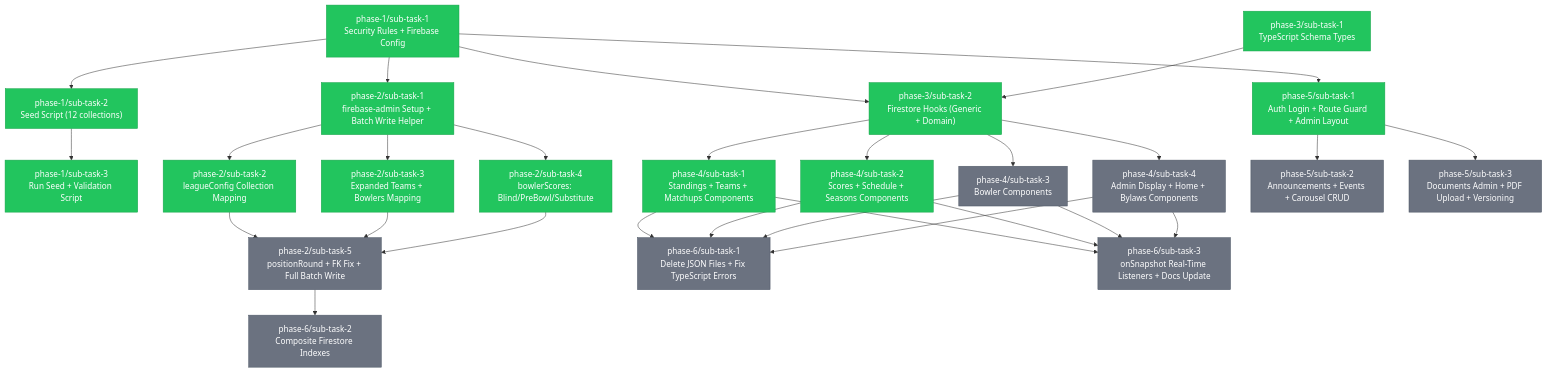
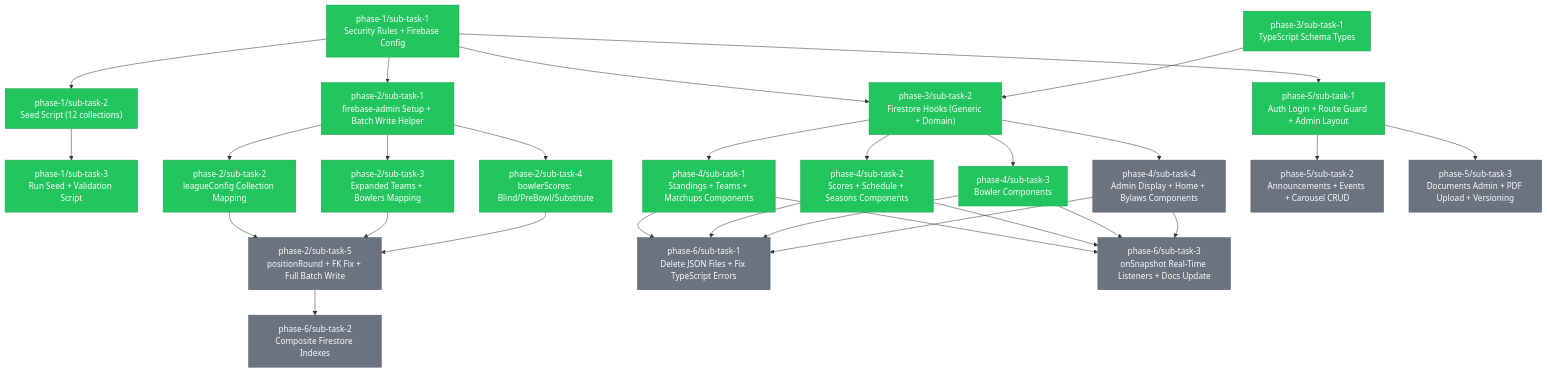
The diagram in .claude/tasks/TASKS.md (Bagwell-Oil-Imaging/late-night-happy-hour-league-site), drawn with Mermaid before and after one commit. The commit also changed other lines of this file, not shown here.

Commit message:
docs(phase-4/task-3): update TASKS.md — mark sub-task-3 complete

```diff
--- a/.claude/tasks/TASKS.md
+++ b/.claude/tasks/TASKS.md
@@ -96,7 +96,7 @@
     class P3S2 completed
     class P4S1 completed
     class P4S2 completed
-    class P4S3 pending
+    class P4S3 completed
     class P4S4 pending
     class P5S1 completed
     class P5S2 pending
```
